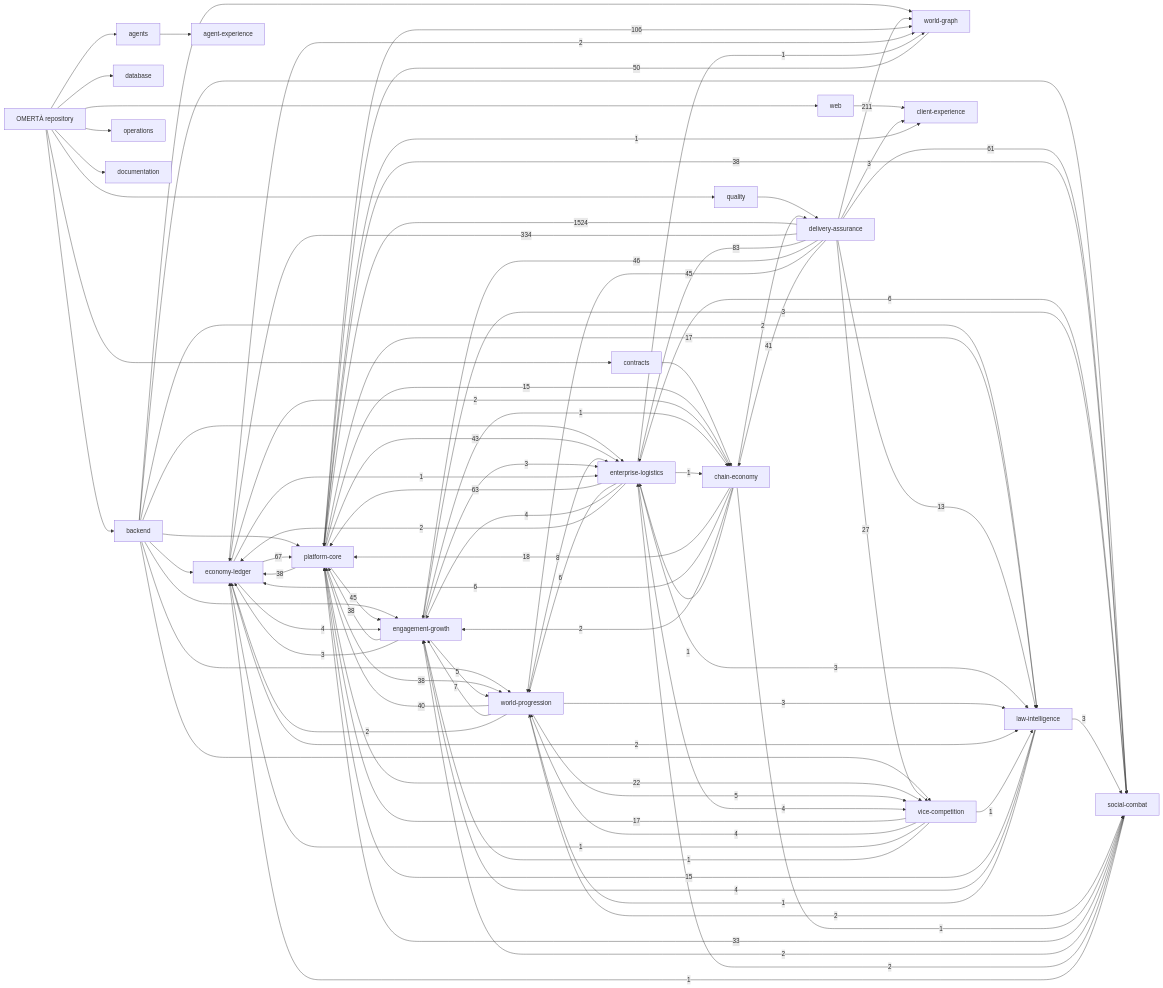
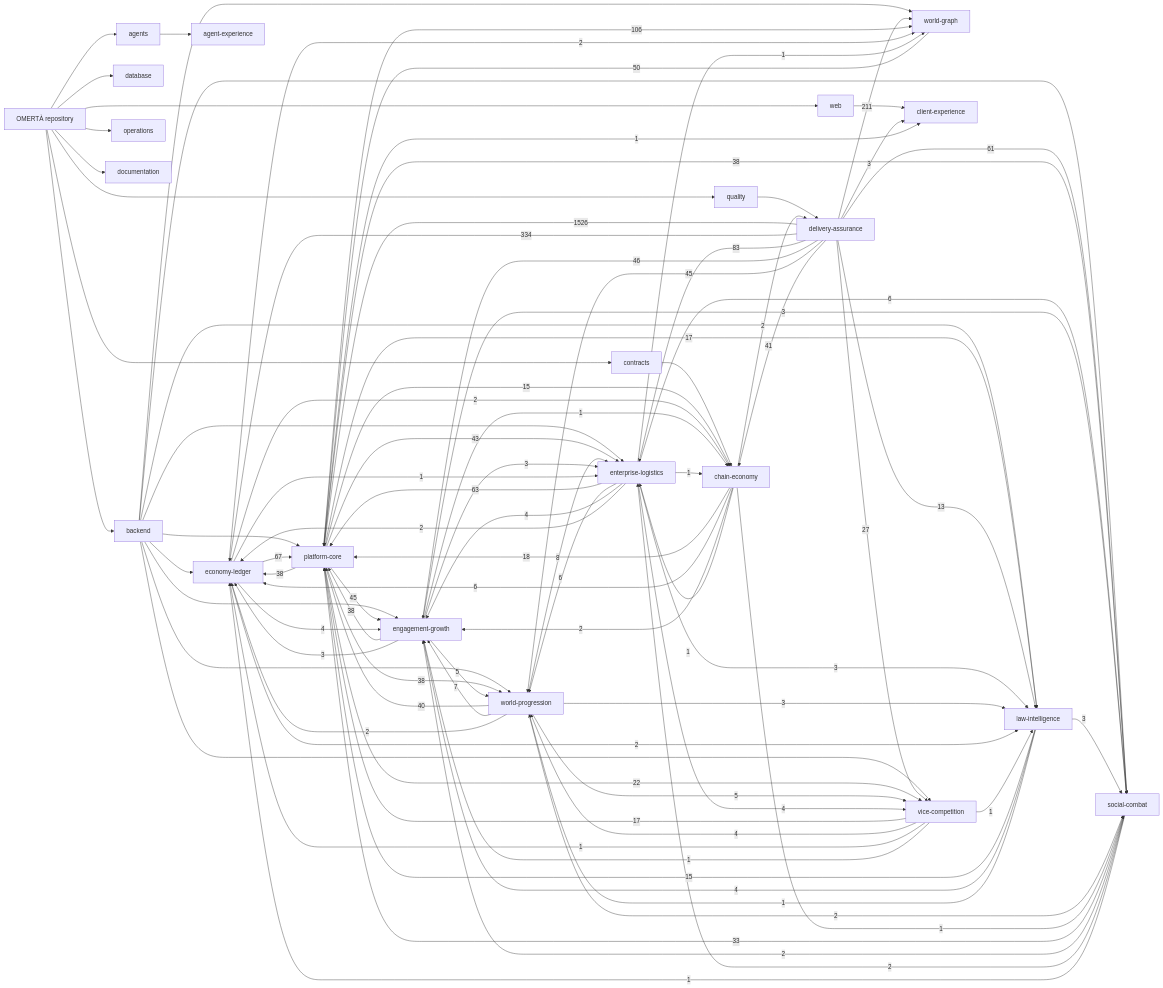
The diagram in knowledge/generated/graph.mmd (OmertaDev/Omerta), drawn with Mermaid before and after one commit. The commit also changed 6 other files, not shown here.

```diff
--- a/knowledge/generated/graph.mmd
+++ b/knowledge/generated/graph.mmd
@@ -1,113 +1,113 @@
 flowchart LR
   repo["OMERTÀ repository"]
   sub_backend["backend"]
   repo --> sub_backend
   sub_database["database"]
   repo --> sub_database
   sub_web["web"]
   repo --> sub_web
   sub_contracts["contracts"]
   repo --> sub_contracts
   sub_agents["agents"]
   repo --> sub_agents
   sub_quality["quality"]
   repo --> sub_quality
   sub_operations["operations"]
   repo --> sub_operations
   sub_documentation["documentation"]
   repo --> sub_documentation
   dom_platform-core["platform-core"]
   dom_economy-ledger["economy-ledger"]
   dom_social-combat["social-combat"]
   dom_world-progression["world-progression"]
   dom_world-graph["world-graph"]
   dom_enterprise-logistics["enterprise-logistics"]
   dom_vice-competition["vice-competition"]
   dom_law-intelligence["law-intelligence"]
   dom_chain-economy["chain-economy"]
   dom_engagement-growth["engagement-growth"]
   dom_client-experience["client-experience"]
   dom_agent-experience["agent-experience"]
   dom_delivery-assurance["delivery-assurance"]
   sub_agents --> dom_agent-experience
   sub_backend --> dom_economy-ledger
   sub_backend --> dom_engagement-growth
   sub_backend --> dom_enterprise-logistics
   sub_backend --> dom_law-intelligence
   sub_backend --> dom_platform-core
   sub_backend --> dom_social-combat
   sub_backend --> dom_vice-competition
   sub_backend --> dom_world-graph
   sub_backend --> dom_world-progression
   sub_contracts --> dom_chain-economy
   sub_quality --> dom_delivery-assurance
   sub_web --> dom_client-experience
-  dom_delivery-assurance -->|1524| dom_platform-core
+  dom_delivery-assurance -->|1526| dom_platform-core
   dom_delivery-assurance -->|334| dom_economy-ledger
   dom_delivery-assurance -->|211| dom_world-graph
   dom_platform-core -->|106| dom_world-graph
   dom_delivery-assurance -->|83| dom_enterprise-logistics
   dom_economy-ledger -->|67| dom_platform-core
   dom_enterprise-logistics -->|63| dom_platform-core
   dom_delivery-assurance -->|61| dom_social-combat
   dom_world-graph -->|50| dom_platform-core
   dom_delivery-assurance -->|46| dom_engagement-growth
   dom_delivery-assurance -->|45| dom_world-progression
   dom_platform-core -->|45| dom_engagement-growth
   dom_platform-core -->|43| dom_enterprise-logistics
   dom_delivery-assurance -->|41| dom_chain-economy
   dom_world-progression -->|40| dom_platform-core
   dom_engagement-growth -->|38| dom_platform-core
   dom_platform-core -->|38| dom_economy-ledger
   dom_platform-core -->|38| dom_social-combat
   dom_platform-core -->|38| dom_world-progression
   dom_social-combat -->|33| dom_platform-core
   dom_delivery-assurance -->|27| dom_vice-competition
   dom_platform-core -->|22| dom_vice-competition
   dom_chain-economy -->|18| dom_platform-core
   dom_platform-core -->|17| dom_law-intelligence
   dom_vice-competition -->|17| dom_platform-core
   dom_law-intelligence -->|15| dom_platform-core
   dom_platform-core -->|15| dom_chain-economy
   dom_delivery-assurance -->|13| dom_law-intelligence
   dom_world-progression -->|8| dom_enterprise-logistics
   dom_world-progression -->|7| dom_engagement-growth
   dom_chain-economy -->|6| dom_economy-ledger
   dom_enterprise-logistics -->|6| dom_social-combat
   dom_enterprise-logistics -->|6| dom_world-progression
   dom_engagement-growth -->|5| dom_world-progression
   dom_world-progression -->|5| dom_vice-competition
   dom_economy-ledger -->|4| dom_engagement-growth
   dom_enterprise-logistics -->|4| dom_engagement-growth
   dom_enterprise-logistics -->|4| dom_vice-competition
   dom_law-intelligence -->|4| dom_engagement-growth
   dom_vice-competition -->|4| dom_world-progression
   dom_delivery-assurance -->|3| dom_client-experience
   dom_engagement-growth -->|3| dom_economy-ledger
   dom_engagement-growth -->|3| dom_enterprise-logistics
   dom_engagement-growth -->|3| dom_social-combat
   dom_enterprise-logistics -->|3| dom_law-intelligence
   dom_law-intelligence -->|3| dom_social-combat
   dom_world-progression -->|3| dom_law-intelligence
   dom_chain-economy -->|2| dom_delivery-assurance
   dom_chain-economy -->|2| dom_engagement-growth
   dom_economy-ledger -->|2| dom_chain-economy
   dom_economy-ledger -->|2| dom_law-intelligence
   dom_economy-ledger -->|2| dom_world-graph
   dom_enterprise-logistics -->|2| dom_economy-ledger
   dom_social-combat -->|2| dom_engagement-growth
   dom_social-combat -->|2| dom_enterprise-logistics
   dom_world-progression -->|2| dom_economy-ledger
   dom_world-progression -->|2| dom_social-combat
   dom_chain-economy -->|1| dom_enterprise-logistics
   dom_chain-economy -->|1| dom_social-combat
   dom_economy-ledger -->|1| dom_enterprise-logistics
   dom_engagement-growth -->|1| dom_chain-economy
   dom_enterprise-logistics -->|1| dom_chain-economy
   dom_enterprise-logistics -->|1| dom_world-graph
   dom_law-intelligence -->|1| dom_world-progression
   dom_platform-core -->|1| dom_client-experience
   dom_social-combat -->|1| dom_economy-ledger
   dom_vice-competition -->|1| dom_economy-ledger
   dom_vice-competition -->|1| dom_engagement-growth
   dom_vice-competition -->|1| dom_law-intelligence
```
